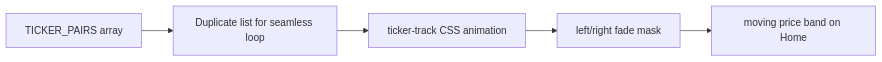
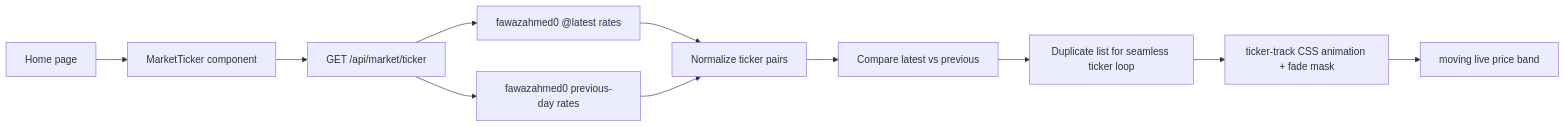
The fifth of 7 diagrams in README.md (1kdelyukin/Multi-Leg-FX-Routing), drawn with Mermaid before and after one commit. The commit also changed other lines of this file and 7 other files, not shown here.

````diff
--- a/README.md
+++ b/README.md
@@ -375,7 +472,13 @@
 ```mermaid
 flowchart LR
-  Pairs["TICKER_PAIRS array"] --> Duplicate["Duplicate list for seamless loop"]
-  Duplicate --> Track["ticker-track CSS animation"]
-  Track --> Mask["left/right fade mask"]
-  Mask --> Band["moving price band on Home"]
+  Home["Home page"] --> Component["MarketTicker component"]
+  Component --> API["GET /api/market/ticker"]
+  API --> Latest["fawazahmed0 @latest rates"]
+  API --> Previous["fawazahmed0 previous-day rates"]
+  Latest --> NormalizeTicker["Normalize ticker pairs"]
+  Previous --> NormalizeTicker
+  NormalizeTicker --> Direction["Compare latest vs previous"]
+  Direction --> Track["Duplicate list for seamless ticker loop"]
+  Track --> CSS["ticker-track CSS animation + fade mask"]
+  CSS --> Band["moving live price band"]
 ```
````
